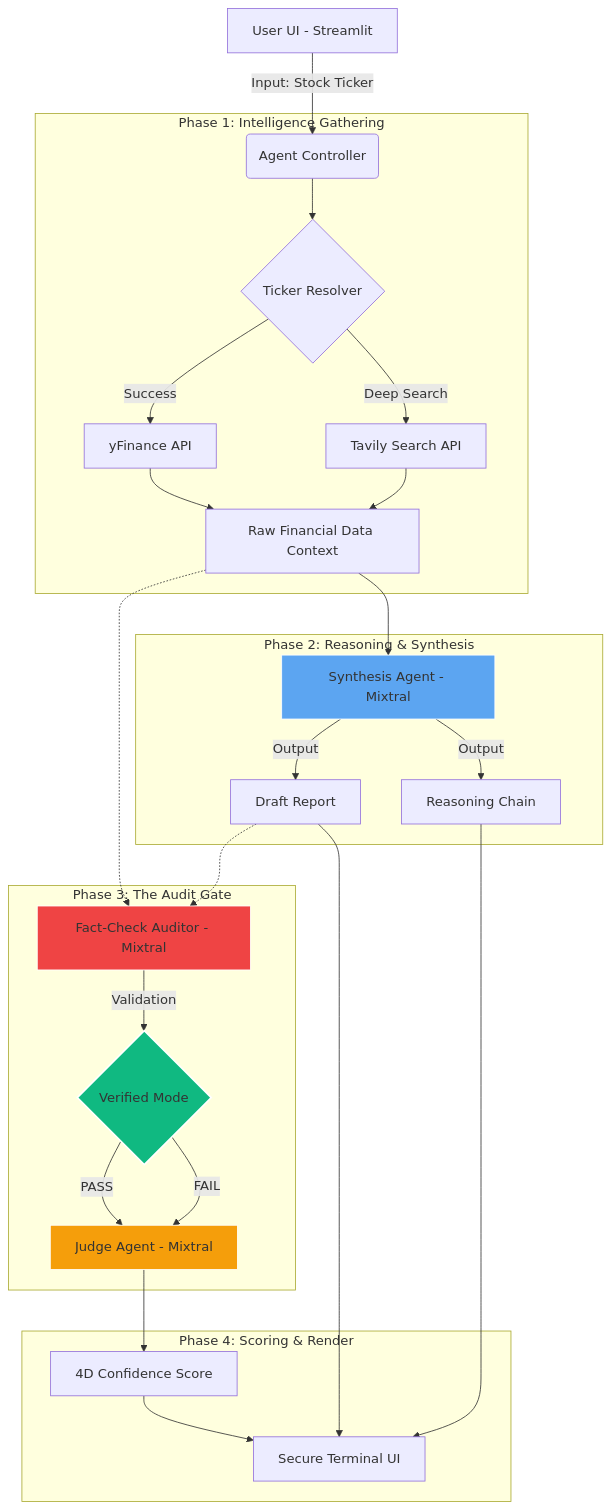
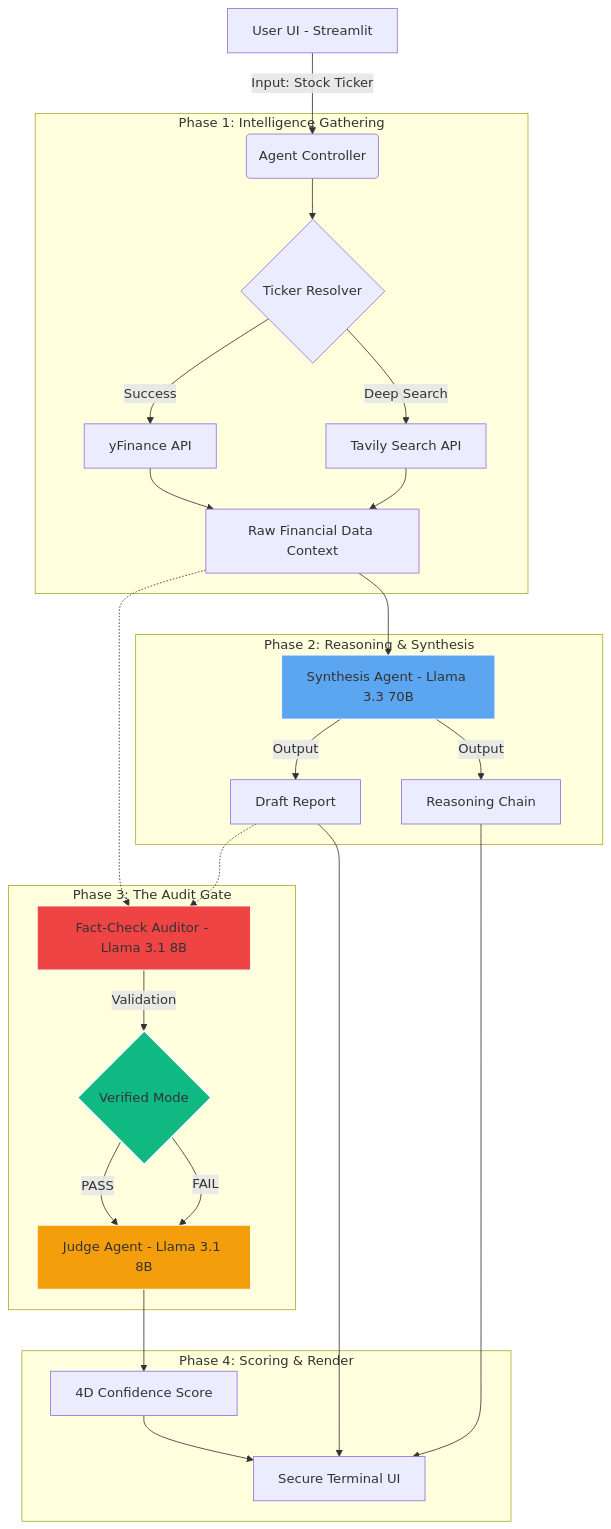
One commit to Rudreshhh-rude/OE-agenticAI changed the diagram in README.md. Above: the diagram before and after it, drawn with Mermaid. The commit also changed other lines of this file, not shown here.

Commit message:
docs: added loom video and updated architecture to llama

````diff
--- a/README.md
+++ b/README.md
@@ -9,38 +16,38 @@
 ```mermaid
 graph TD
     A[User UI - Streamlit] -->|Input: Stock Ticker| B(Agent Controller)
     
     subgraph "Phase 1: Intelligence Gathering"
         B --> C{Ticker Resolver}
         C -->|Success| D[yFinance API]
         C -->|Deep Search| E[Tavily Search API]
         D --> F[Raw Financial Data Context]
         E --> F
     end
 
     subgraph "Phase 2: Reasoning & Synthesis"
-        F --> G[Synthesis Agent - Mixtral]
+        F --> G[Synthesis Agent - Llama 3.3 70B]
         G -->|Output| H[<audit_trace> Reasoning Chain]
         G -->|Output| I[<report_json> Draft Report]
     end
 
     subgraph "Phase 3: The Audit Gate"
-        F -.-> J[Fact-Check Auditor - Mixtral]
+        F -.-> J[Fact-Check Auditor - Llama 3.1 8B]
         I -.-> J
         J -->|Validation| K{Verified Mode}
-        K -->|PASS| L[Judge Agent - Mixtral]
+        K -->|PASS| L[Judge Agent - Llama 3.1 8B]
         K -->|FAIL| L
     end
 
     subgraph "Phase 4: Scoring & Render"
         L --> M[4D Confidence Score]
         M --> N[Secure Terminal UI]
         I --> N
         H --> N
     end
 
     style K fill:#10B981,stroke:#fff,stroke-width:2px;
     style G fill:#5CA5F1,stroke:#fff,stroke-width:1px;
     style J fill:#EF4444,stroke:#fff,stroke-width:1px;
     style L fill:#F59E0B,stroke:#fff,stroke-width:1px;
 ```
````
